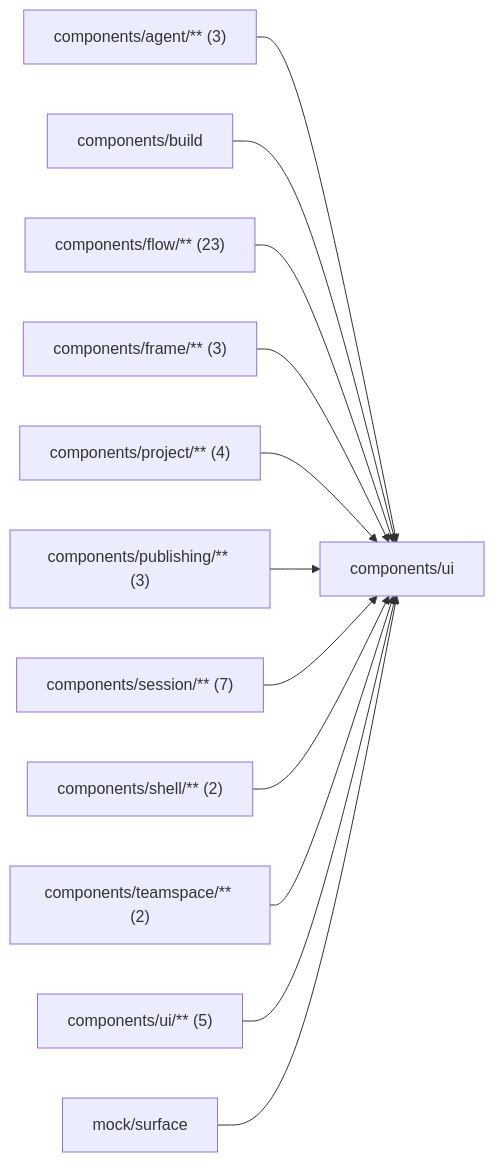
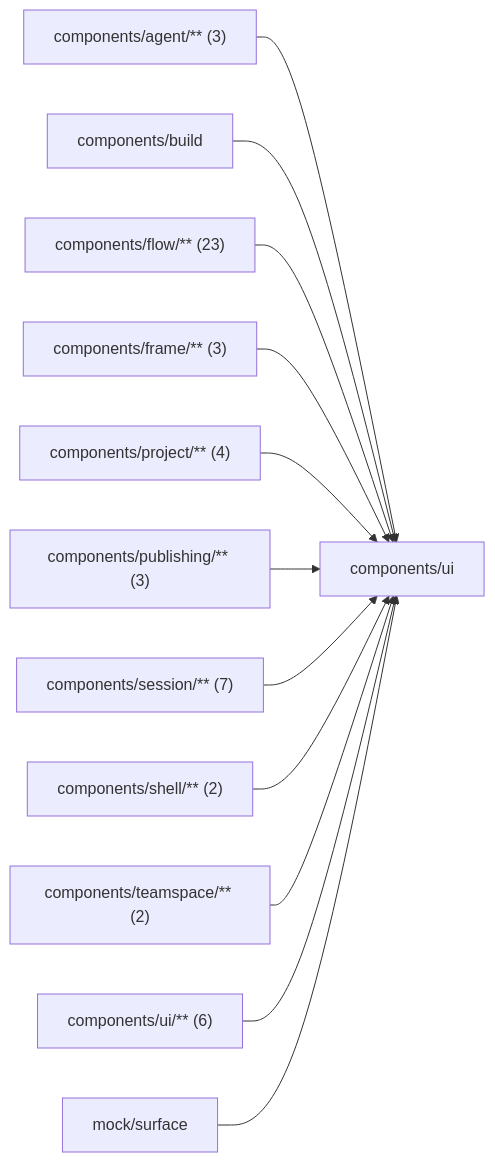
The diagram in web/studio/components/ui/README.md (superdurable/superverse), drawn with Mermaid before and after one commit. The commit also changed other lines of this file and 28 other files, not shown here.

````diff
--- a/web/studio/components/ui/README.md
+++ b/web/studio/components/ui/README.md
@@ -10,15 +10,15 @@
 ```mermaid
 flowchart LR
   self["components/ui"]
   c0["components/agent/** (3)"] --> self
   c1["components/build"] --> self
   c2["components/flow/** (23)"] --> self
   c3["components/frame/** (3)"] --> self
   c4["components/project/** (4)"] --> self
   c5["components/publishing/** (3)"] --> self
   c6["components/session/** (7)"] --> self
   c7["components/shell/** (2)"] --> self
   c8["components/teamspace/** (2)"] --> self
-  c9["components/ui/** (5)"] --> self
+  c9["components/ui/** (6)"] --> self
   c10["mock/surface"] --> self
 ```
````
